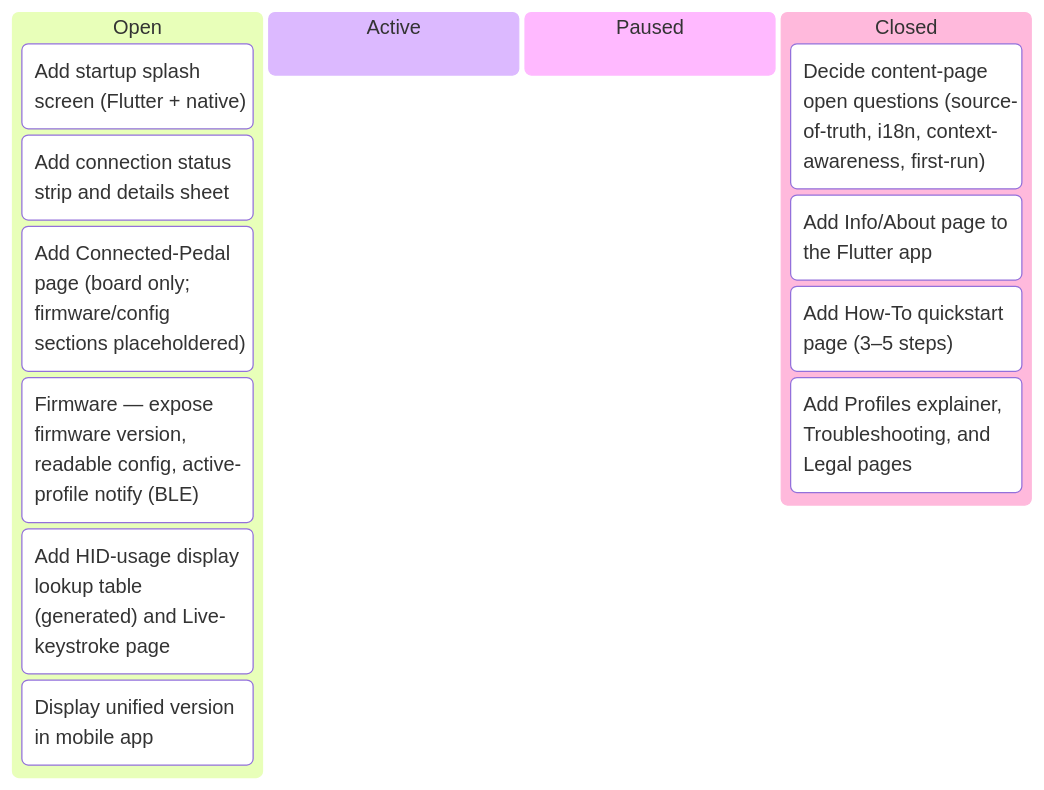
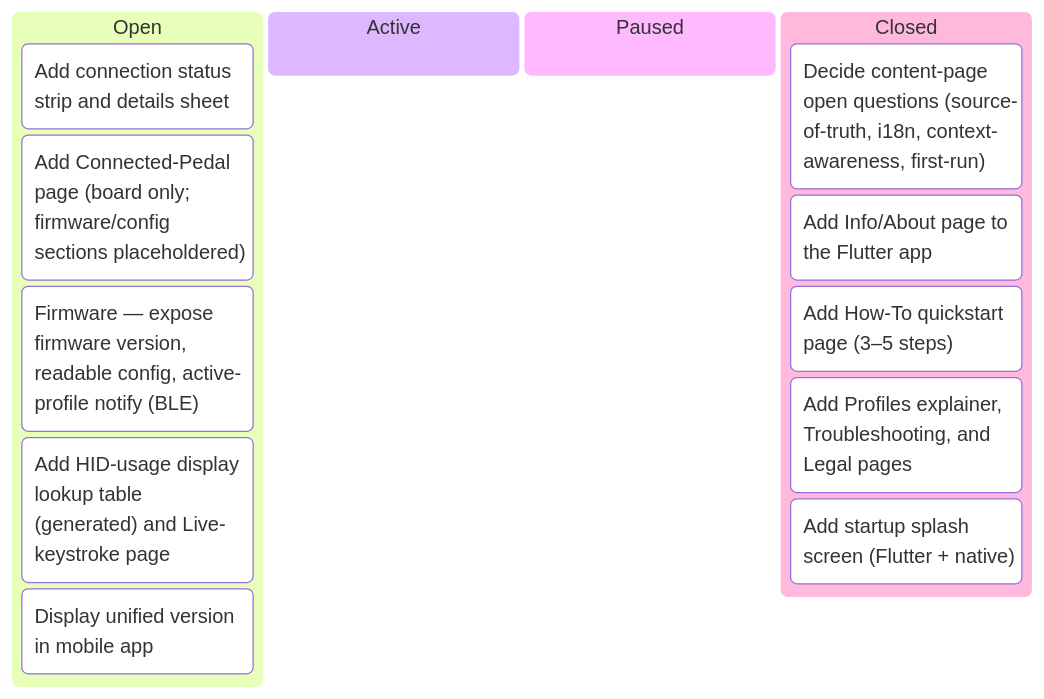
The first of 7 diagrams in docs/developers/tasks/KANBAN.md (tgd1975/AwesomeStudioPedal), drawn with Mermaid before and after one commit. The commit also changed other lines of this file and 56 other files, not shown here.

First line of the commit message:
close TASK-334: Add startup splash screen (Flutter + native)

````diff
--- a/docs/developers/tasks/KANBAN.md
+++ b/docs/developers/tasks/KANBAN.md
@@ -11,17 +11,17 @@
 ```mermaid
 kanban
   Open
-    TASK_334["Add startup splash screen (Flutter + native)"]
     TASK_335["Add connection status strip and details sheet"]
     TASK_336["Add Connected-Pedal page (board only; firmware/config sections placeholdered)"]
     TASK_337["Firmware — expose firmware version, readable config, active-profile notify (BLE)"]
     TASK_338["Add HID-usage display lookup table (generated) and Live-keystroke page"]
     TASK_349["Display unified version in mobile app"]
   Active
   Paused
   Closed
     TASK_330["Decide content-page open questions (source-of-truth, i18n, context-awareness, first-run)"]
     TASK_331["Add Info/About page to the Flutter app"]
     TASK_332["Add How-To quickstart page (3–5 steps)"]
     TASK_333["Add Profiles explainer, Troubleshooting, and Legal pages"]
+    TASK_334["Add startup splash screen (Flutter + native)"]
 ```
````
